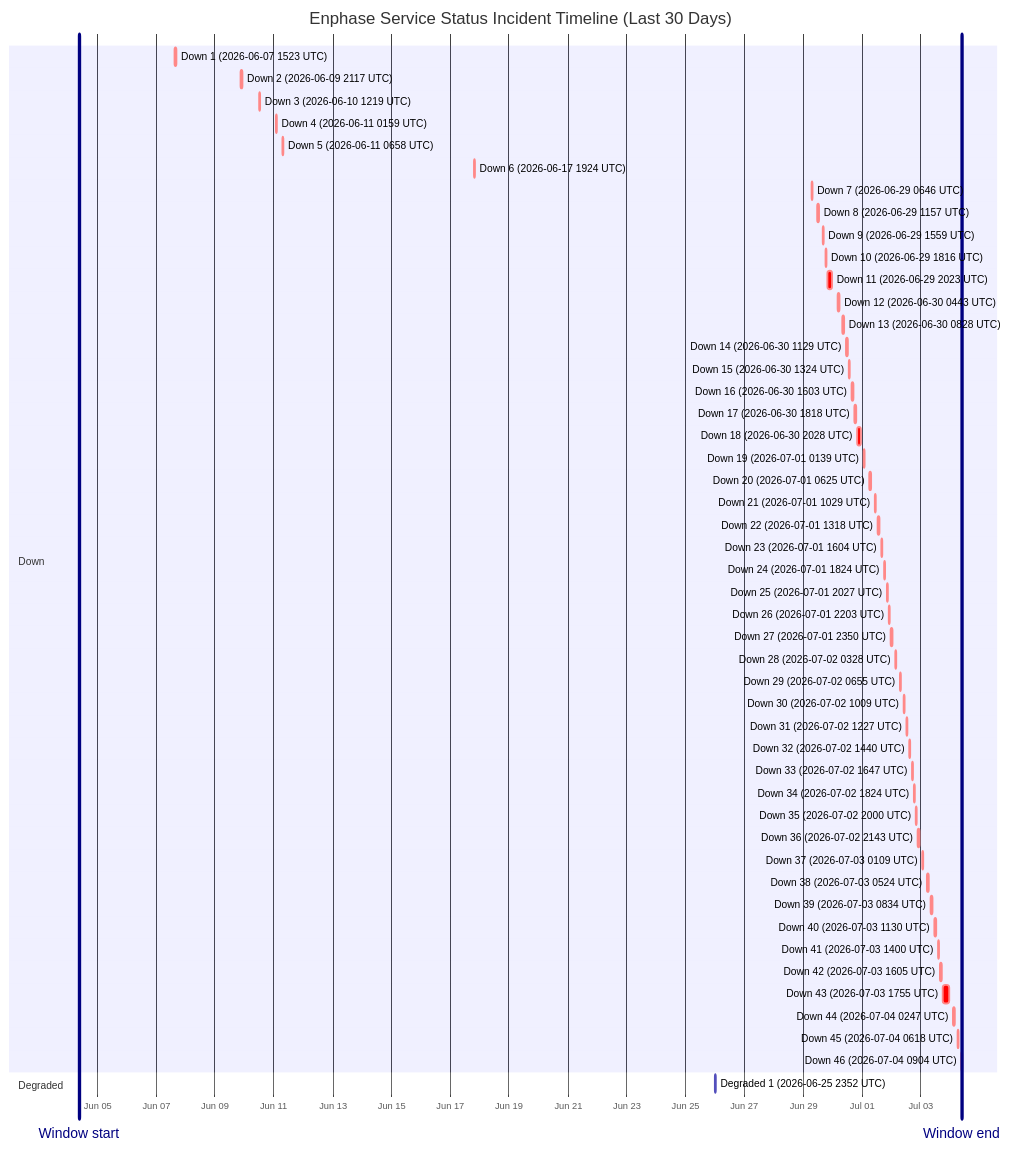
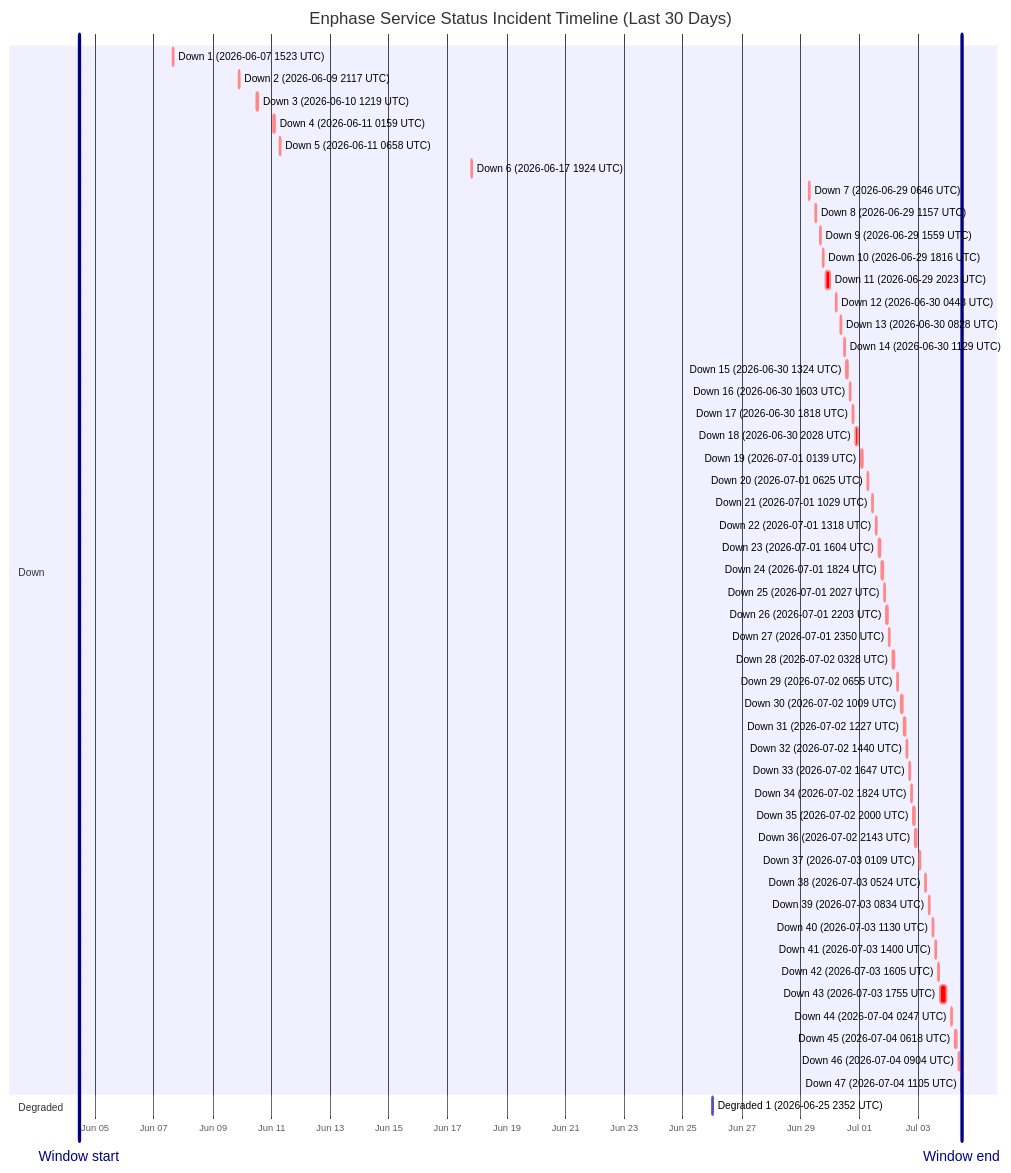
Before and after one commit to barneyonline/ha-enphase-energy: the diagram in wiki/Service-Status-History.md, drawn with Mermaid. The commit also changed other lines of this file and 3 other files, not shown here.

````diff
--- a/wiki/Service-Status-History.md
+++ b/wiki/Service-Status-History.md
@@ -14,57 +14,58 @@
 ```mermaid
 gantt
     title Enphase Service Status Incident Timeline (Last 30 Days)
     dateFormat  YYYY-MM-DDTHH:mm:ss
     axisFormat  %b %d
-    Window start :vert, window-start, 2026-06-04T09:04:41, 0ms
-    Window end :vert, window-end, 2026-07-04T09:04:41, 0ms
+    Window start :vert, window-start, 2026-06-04T11:05:21, 0ms
+    Window end :vert, window-end, 2026-07-04T11:05:21, 0ms
     section Down
     Down 1 (2026-06-07 1523 UTC) :crit, down-1, 2026-06-07T15:23:22, 87m
     Down 2 (2026-06-09 2117 UTC) :crit, down-2, 2026-06-09T21:17:17, 60m
     Down 3 (2026-06-10 1219 UTC) :crit, down-3, 2026-06-10T12:19:21, 60m
     Down 4 (2026-06-11 0159 UTC) :crit, down-4, 2026-06-11T01:59:36, 60m
     Down 5 (2026-06-11 0658 UTC) :crit, down-5, 2026-06-11T06:58:45, 60m
     Down 6 (2026-06-17 1924 UTC) :crit, down-6, 2026-06-17T19:24:51, 60m
     Down 7 (2026-06-29 0646 UTC) :crit, down-7, 2026-06-29T06:46:18, 60m
     Down 8 (2026-06-29 1157 UTC) :crit, down-8, 2026-06-29T11:57:36, 60m
     Down 9 (2026-06-29 1559 UTC) :crit, down-9, 2026-06-29T15:59:02, 60m
     Down 10 (2026-06-29 1816 UTC) :crit, down-10, 2026-06-29T18:16:38, 60m
     Down 11 (2026-06-29 2023 UTC) :crit, down-11, 2026-06-29T20:23:16, 220m
     Down 12 (2026-06-30 0443 UTC) :crit, down-12, 2026-06-30T04:43:54, 60m
     Down 13 (2026-06-30 0828 UTC) :crit, down-13, 2026-06-30T08:28:43, 60m
     Down 14 (2026-06-30 1129 UTC) :crit, down-14, 2026-06-30T11:29:15, 60m
     Down 15 (2026-06-30 1324 UTC) :crit, down-15, 2026-06-30T13:24:25, 60m
     Down 16 (2026-06-30 1603 UTC) :crit, down-16, 2026-06-30T16:03:26, 60m
     Down 17 (2026-06-30 1818 UTC) :crit, down-17, 2026-06-30T18:18:39, 60m
     Down 18 (2026-06-30 2028 UTC) :crit, down-18, 2026-06-30T20:28:54, 171m
     Down 19 (2026-07-01 0139 UTC) :crit, down-19, 2026-07-01T01:39:18, 60m
     Down 20 (2026-07-01 0625 UTC) :crit, down-20, 2026-07-01T06:25:35, 60m
     Down 21 (2026-07-01 1029 UTC) :crit, down-21, 2026-07-01T10:29:24, 60m
     Down 22 (2026-07-01 1318 UTC) :crit, down-22, 2026-07-01T13:18:31, 60m
     Down 23 (2026-07-01 1604 UTC) :crit, down-23, 2026-07-01T16:04:29, 60m
     Down 24 (2026-07-01 1824 UTC) :crit, down-24, 2026-07-01T18:24:21, 60m
     Down 25 (2026-07-01 2027 UTC) :crit, down-25, 2026-07-01T20:27:17, 60m
     Down 26 (2026-07-01 2203 UTC) :crit, down-26, 2026-07-01T22:03:46, 60m
     Down 27 (2026-07-01 2350 UTC) :crit, down-27, 2026-07-01T23:50:52, 60m
     Down 28 (2026-07-02 0328 UTC) :crit, down-28, 2026-07-02T03:28:33, 60m
     Down 29 (2026-07-02 0655 UTC) :crit, down-29, 2026-07-02T06:55:07, 60m
     Down 30 (2026-07-02 1009 UTC) :crit, down-30, 2026-07-02T10:09:15, 60m
     Down 31 (2026-07-02 1227 UTC) :crit, down-31, 2026-07-02T12:27:49, 60m
     Down 32 (2026-07-02 1440 UTC) :crit, down-32, 2026-07-02T14:40:53, 60m
     Down 33 (2026-07-02 1647 UTC) :crit, down-33, 2026-07-02T16:47:47, 60m
     Down 34 (2026-07-02 1824 UTC) :crit, down-34, 2026-07-02T18:24:26, 60m
     Down 35 (2026-07-02 2000 UTC) :crit, down-35, 2026-07-02T20:00:57, 60m
     Down 36 (2026-07-02 2143 UTC) :crit, down-36, 2026-07-02T21:43:52, 80m
     Down 37 (2026-07-03 0109 UTC) :crit, down-37, 2026-07-03T01:09:19, 60m
     Down 38 (2026-07-03 0524 UTC) :crit, down-38, 2026-07-03T05:24:23, 60m
     Down 39 (2026-07-03 0834 UTC) :crit, down-39, 2026-07-03T08:34:05, 60m
     Down 40 (2026-07-03 1130 UTC) :crit, down-40, 2026-07-03T11:30:41, 60m
     Down 41 (2026-07-03 1400 UTC) :crit, down-41, 2026-07-03T14:00:48, 60m
     Down 42 (2026-07-03 1605 UTC) :crit, down-42, 2026-07-03T16:05:49, 60m
     Down 43 (2026-07-03 1755 UTC) :crit, down-43, 2026-07-03T17:55:54, 338m
     Down 44 (2026-07-04 0247 UTC) :crit, down-44, 2026-07-04T02:47:22, 60m
     Down 45 (2026-07-04 0618 UTC) :crit, down-45, 2026-07-04T06:18:09, 60m
     Down 46 (2026-07-04 0904 UTC) :crit, down-46, 2026-07-04T09:04:41, 60m
+    Down 47 (2026-07-04 1105 UTC) :crit, down-47, 2026-07-04T11:05:21, 60m
     section Degraded
     Degraded 1 (2026-06-25 2352 UTC) :active, degraded-1, 2026-06-25T23:52:01, 60m
 ```
````
